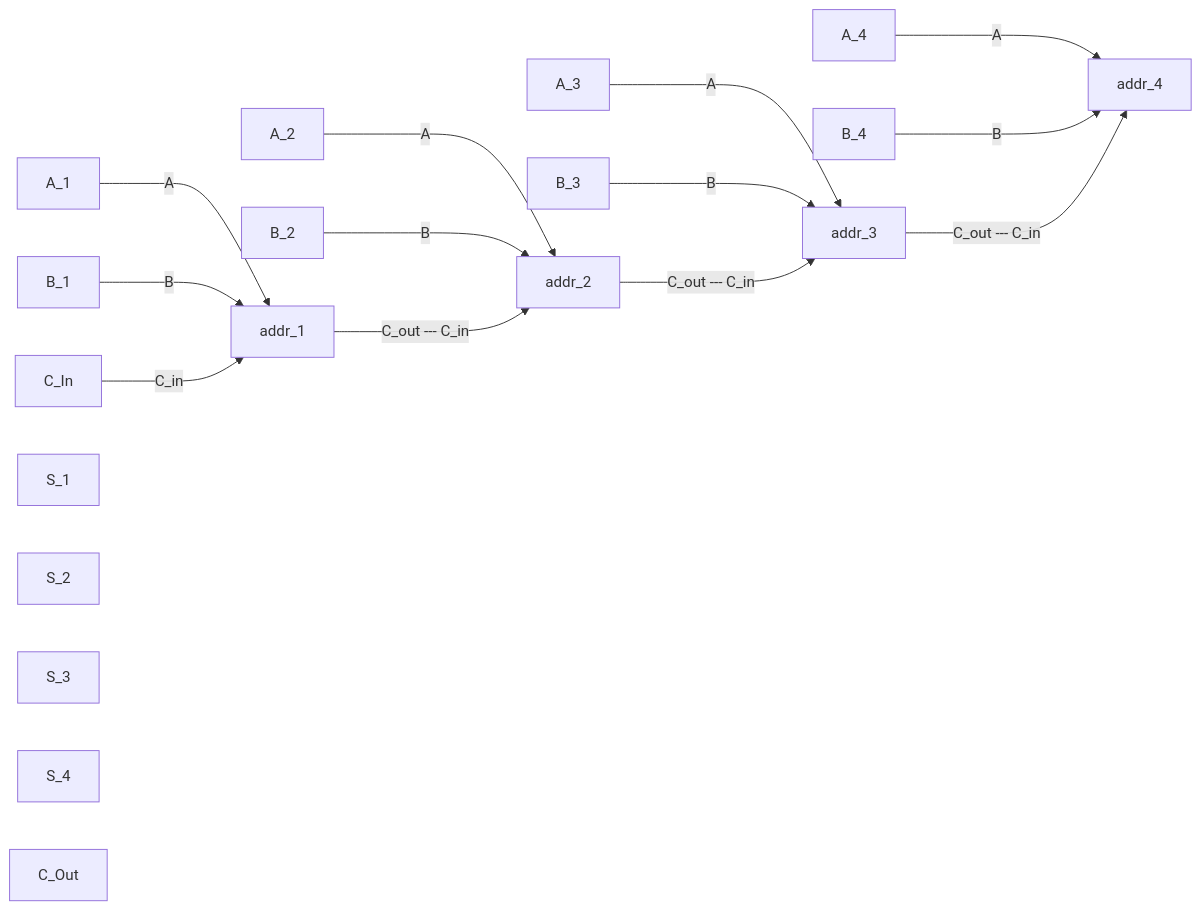
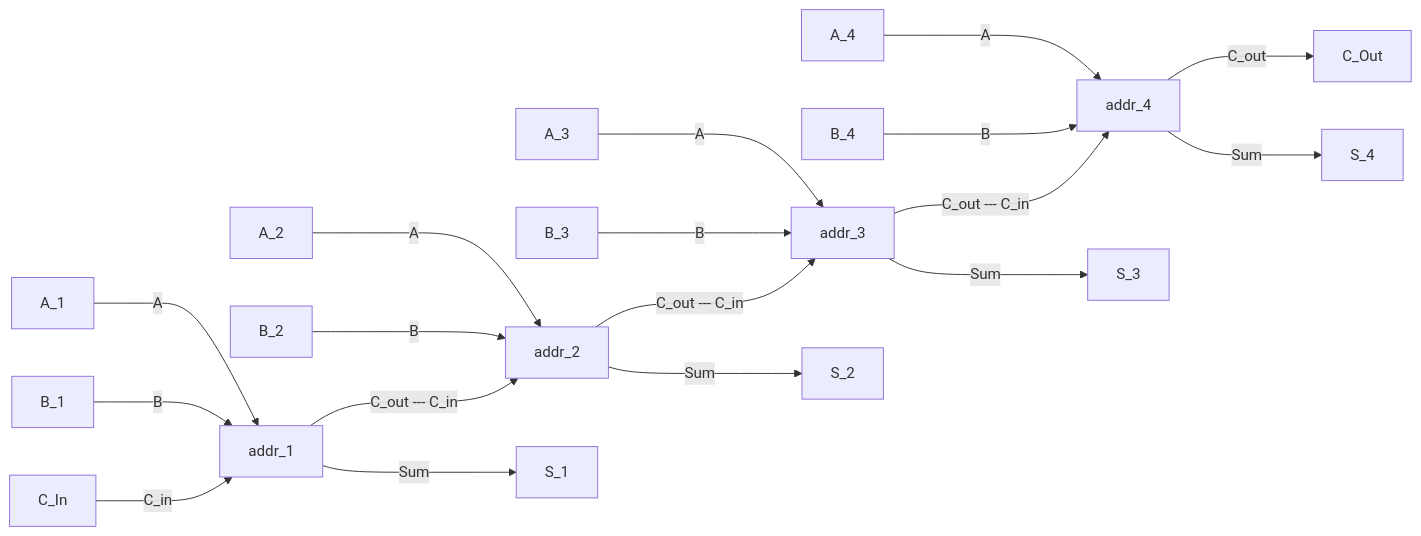
Before and after one commit to hexmaster111/TextGates: the second of 2 diagrams in test.md, drawn with Mermaid.

Commit message:
compleated diagram

````diff
--- a/test.md
+++ b/test.md
@@ -30,53 +30,60 @@
 ``` mermaid
 flowchart LR
 
 %% INPUTS
 A_1
 A_2
 A_3
 A_4
 
 B_1
 B_2
 B_3
 B_4
 
 C_In
 
 %% OUTPUTS
 S_1
 S_2
 S_3
 S_4
 
 C_Out
 
 
 %% LOGIC
 addr_1
 addr_2
 addr_3
 addr_4
 
 %% CONNECTIONS
 A_1 --->|A|addr_1 
 A_2 --->|A|addr_2 
 A_3 --->|A|addr_3 
 A_4 --->|A|addr_4 
 B_1 --->|B|addr_1 
 B_2 --->|B|addr_2 
 B_3 --->|B|addr_3 
 B_4 --->|B|addr_4
 
 
 
 %% Wire C_In connects to pin C_in of chip addr_1
 C_In --->|C_in|addr_1
 
 addr_1 --->|C_out --- C_in| addr_2 
 addr_2 --->|C_out --- C_in| addr_3
 addr_3 --->|C_out --- C_in| addr_4
+addr_4 --->|C_out|C_Out
+
+
+addr_1 --->|Sum|S_1
+addr_2 --->|Sum|S_2
+addr_3 --->|Sum|S_3
+addr_4 --->|Sum|S_4
 
 %% src_chip_or_wire--->|src_pin---------dst_pin|dst_chip
 
 ```
````
